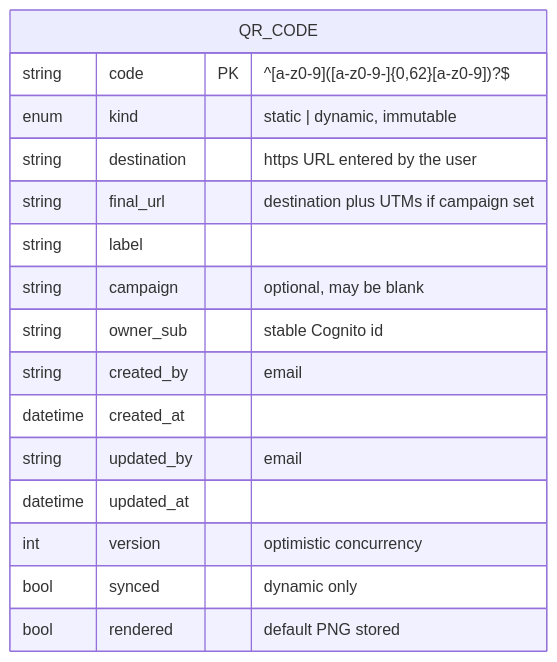
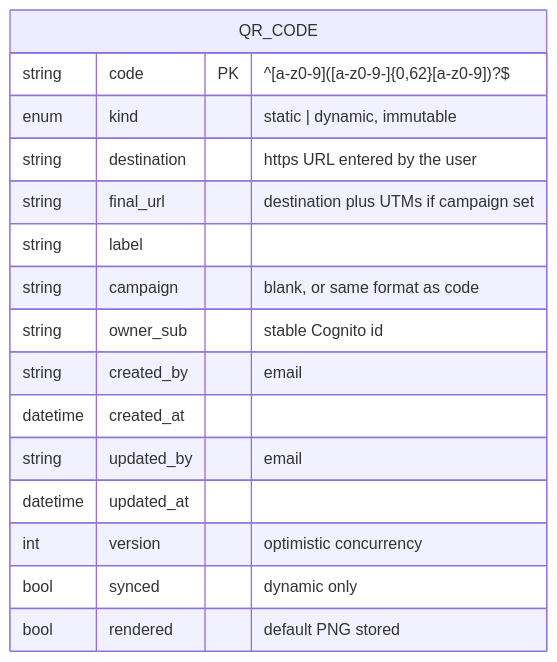
One commit to saastabp/qr-manager changed the first of 8 diagrams in docs/DESIGN.md. Above: the diagram before and after it, drawn with Mermaid. The commit also changed other lines of this file and 21 other files, not shown here.

````diff
--- a/docs/DESIGN.md
+++ b/docs/DESIGN.md
@@ -95,19 +97,19 @@
 ```mermaid
 erDiagram
     QR_CODE {
         string code PK "^[a-z0-9]([a-z0-9-]{0,62}[a-z0-9])?$"
         enum kind "static | dynamic, immutable"
         string destination "https URL entered by the user"
         string final_url "destination plus UTMs if campaign set"
         string label
-        string campaign "optional, may be blank"
+        string campaign "blank, or same format as code"
         string owner_sub "stable Cognito id"
         string created_by "email"
         datetime created_at
         string updated_by "email"
         datetime updated_at
         int version "optimistic concurrency"
         bool synced "dynamic only"
         bool rendered "default PNG stored"
     }
 ```
````
